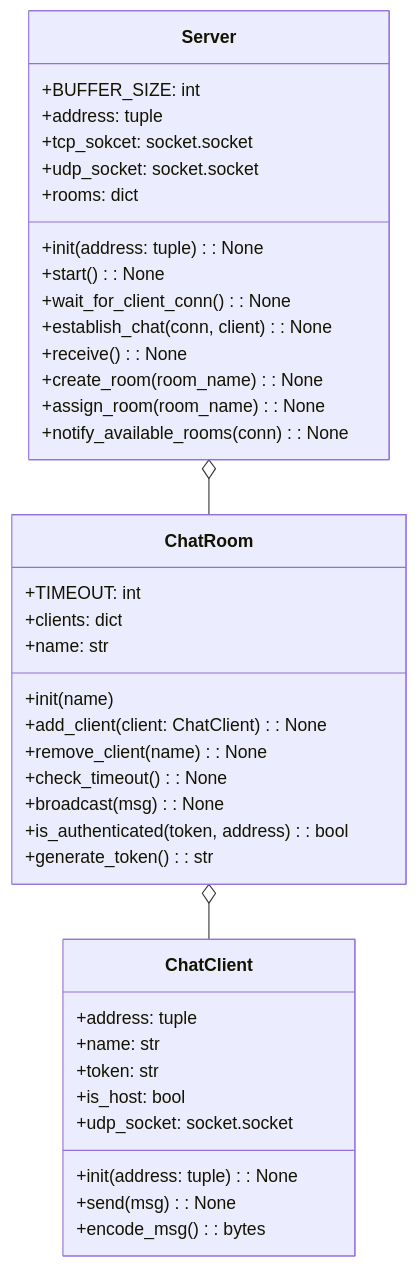
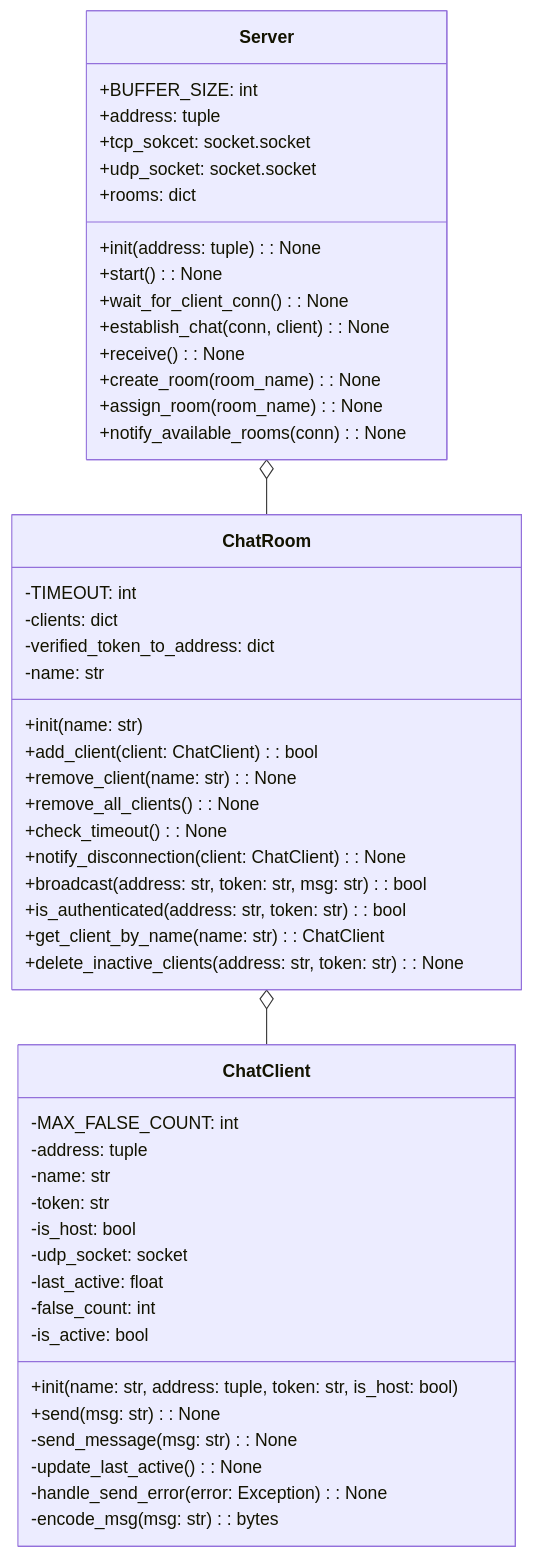
Before and after one commit to recursion-backend-team-d/online-chat-messenger: the first of 2 diagrams in README.md, drawn with Mermaid. The commit also changed other lines of this file, not shown here.

Commit message:
fix class diagram in README.md

````diff
--- a/README.md
+++ b/README.md
@@ -5,47 +7,58 @@
 ```mermaid
 classDiagram
 class ChatClient {
-  +address: tuple
-  +name: str
-  +token: str
-  +is_host: bool
-  +udp_socket: socket.socket
+  -MAX_FALSE_COUNT: int
+  -address: tuple
+  -name: str
+  -token: str
+  -is_host: bool
+  -udp_socket: socket
+  -last_active: float
+  -false_count: int
+  -is_active: bool
 
-  +init(address: tuple): None
-  +send(msg): None
-  +encode_msg(): bytes
+  +init(name: str, address: tuple, token: str, is_host: bool)
+  +send(msg: str): None
+  -send_message(msg: str): None
+  -update_last_active(): None
+  -handle_send_error(error: Exception): None
+  -encode_msg(msg: str): bytes
 }
 
 class ChatRoom {
-  +TIMEOUT: int
-  +clients: dict
-  +name: str
+  -TIMEOUT: int
+  -clients: dict
+  -verified_token_to_address: dict
+  -name: str
 
-  +init(name)
-  +add_client(client: ChatClient): None
-  +remove_client(name): None
+  +init(name: str)
+  +add_client(client: ChatClient): bool
+  +remove_client(name: str): None
+  +remove_all_clients(): None
   +check_timeout(): None
-  +broadcast(msg): None
-  +is_authenticated(token, address): bool
-  +generate_token(): str
+  +notify_disconnection(client: ChatClient): None
+  +broadcast(address: str, token: str, msg: str): bool
+  +is_authenticated(address: str, token: str): bool
+  +get_client_by_name(name: str): ChatClient
+  +delete_inactive_clients(address: str, token: str): None
 }
 
 class Server {
   +BUFFER_SIZE: int
   +address: tuple
   +tcp_sokcet: socket.socket
   +udp_socket: socket.socket
   +rooms: dict
 
   +init(address: tuple): None
   +start(): None
   +wait_for_client_conn(): None
   +establish_chat(conn, client): None
   +receive(): None
   +create_room(room_name): None
   +assign_room(room_name): None
   +notify_available_rooms(conn): None
 }
 Server o-- ChatRoom
 ChatRoom o-- ChatClient
 ```
````
